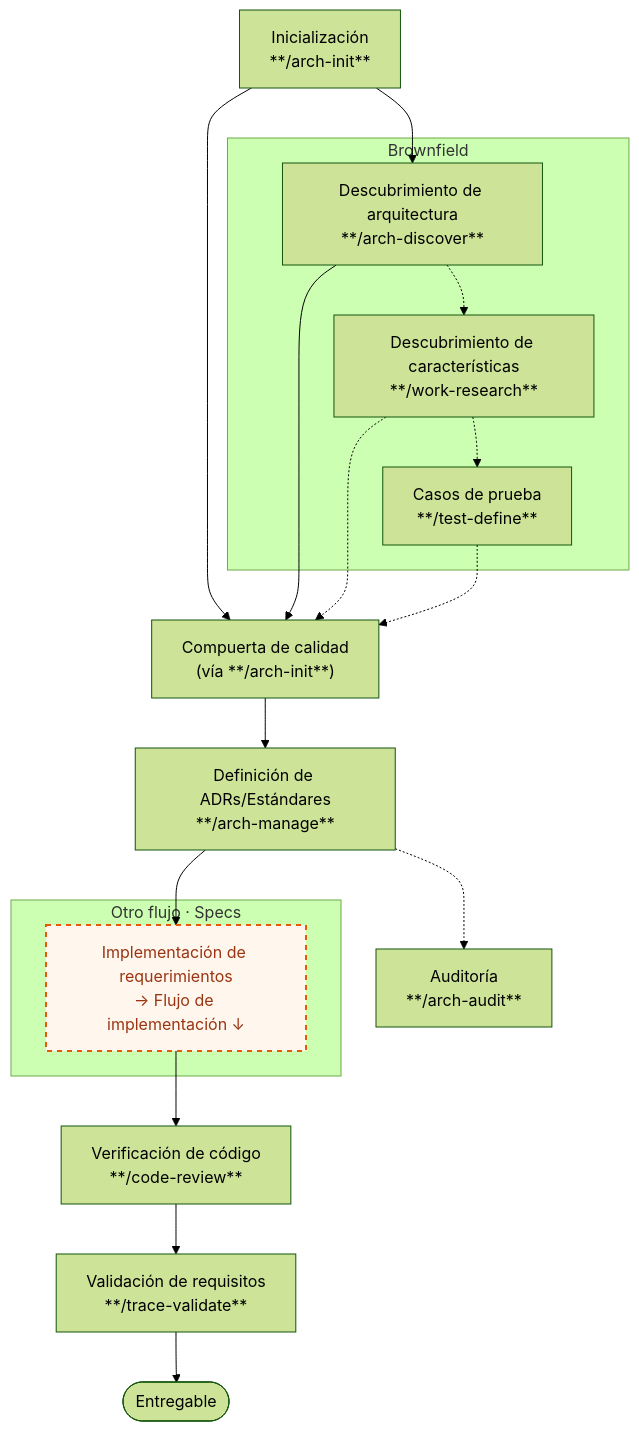
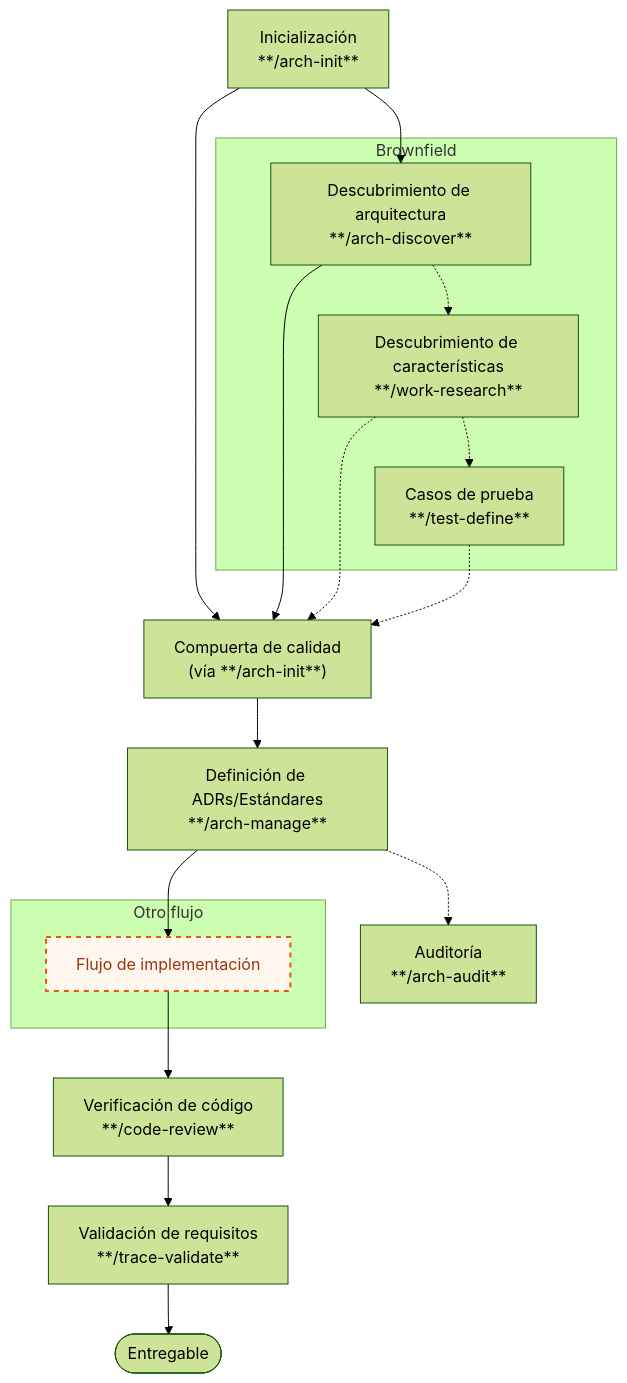
One commit to juanca202/ai changed the first of 2 diagrams in README.md. Above: the diagram before and after it, drawn with Mermaid (forest theme). The commit also changed other lines of this file, not shown here.

First line of the commit message:
docs: clarify implementation flow in README for better understanding

````diff
--- a/README.md
+++ b/README.md
@@ -37,27 +37,26 @@
 ```mermaid
 flowchart TD
     INIT["Inicialización<br/>**/arch-init**"]
     subgraph BF["Brownfield"]
         BA["Descubrimiento de arquitectura<br/>**/arch-discover**"]
         BA -.-> WR["Descubrimiento de características<br/>**/work-research**"]
         WR -.-> TD["Casos de prueba<br/>**/test-define**"]
     end
     INIT --> BA
     INIT --> T["Compuerta de calidad<br/>(vía **/arch-init**)"]
     BA --> T
     WR -.-> T
     TD -.-> T
     T --> S["Definición de ADRs/Estándares<br/>**/arch-manage**"]
     S -.-> AUD["Auditoría<br/>**/arch-audit**"]
-    subgraph NESTED["Otro flujo · Specs"]
-        IMPL["Implementación de requerimientos<br/>→ Flujo de implementación ↓"]
+    subgraph NESTED["Otro flujo"]
+        IMPL["Flujo de implementación"]
     end
     S --> IMPL
     IMPL --> V1["Verificación de código<br/>**/code-review**"]
     V1 --> V2["Validación de requisitos<br/>**/trace-validate**"]
     V2 --> DONE(["Entregable"])
 
     classDef nestedFlow fill:#fff7ed,stroke:#ea580c,stroke-width:2px,stroke-dasharray:5 5,color:#9a3412
     class IMPL nestedFlow
-    click IMPL href "#flujo-de-implementación" "Ir al Flujo de implementación"
 ```
````
